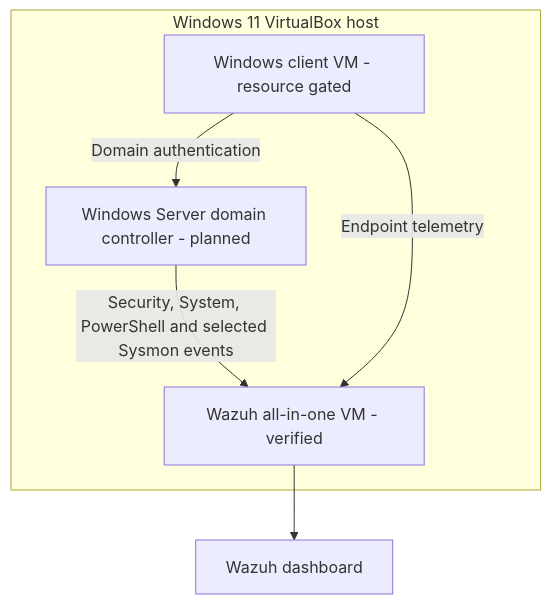
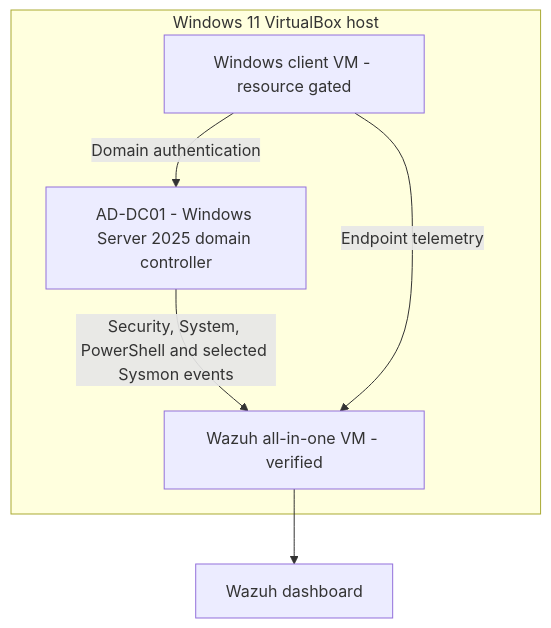
One commit to Abdullahchoglay/active-directory-detection-lab changed the diagram in docs/architecture.md. Above: the diagram before and after it, drawn with Mermaid. The commit also changed other lines of this file and 7 other files, not shown here.

````diff
--- a/docs/architecture.md
+++ b/docs/architecture.md
@@ -5,12 +5,12 @@
 ```mermaid
 flowchart TB
     subgraph LabHost["Windows 11 VirtualBox host"]
         W[Wazuh all-in-one VM - verified]
-        DC[Windows Server domain controller - planned]
+        DC[AD-DC01 - Windows Server 2025 domain controller]
         C[Windows client VM - resource gated]
         C -->|Domain authentication| DC
         DC -->|Security, System, PowerShell and selected Sysmon events| W
         C -->|Endpoint telemetry| W
     end
     W --> WD[Wazuh dashboard]
 ```
````
